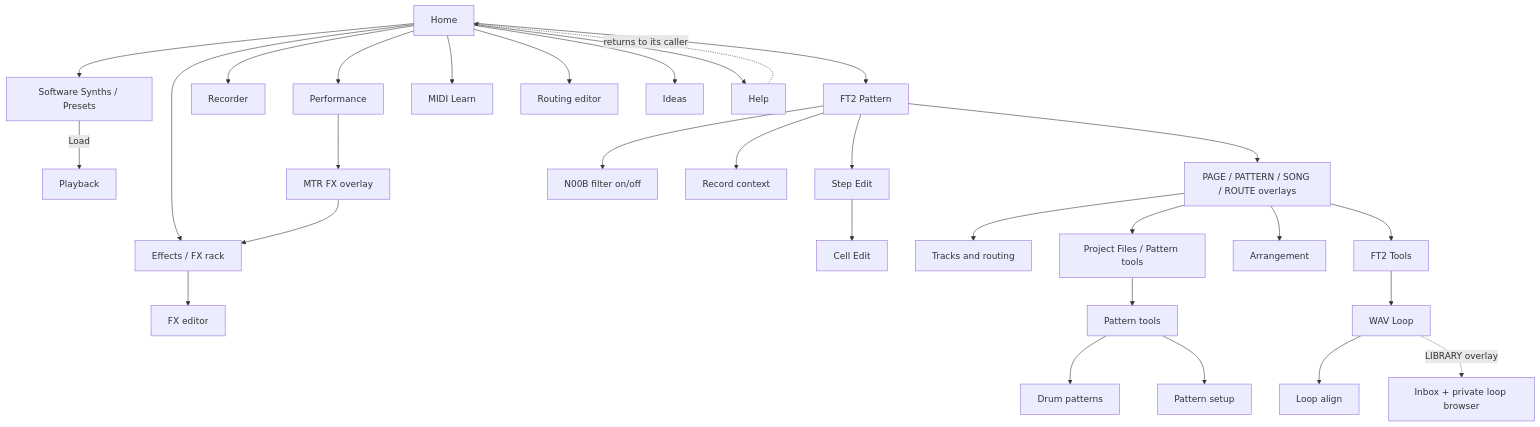
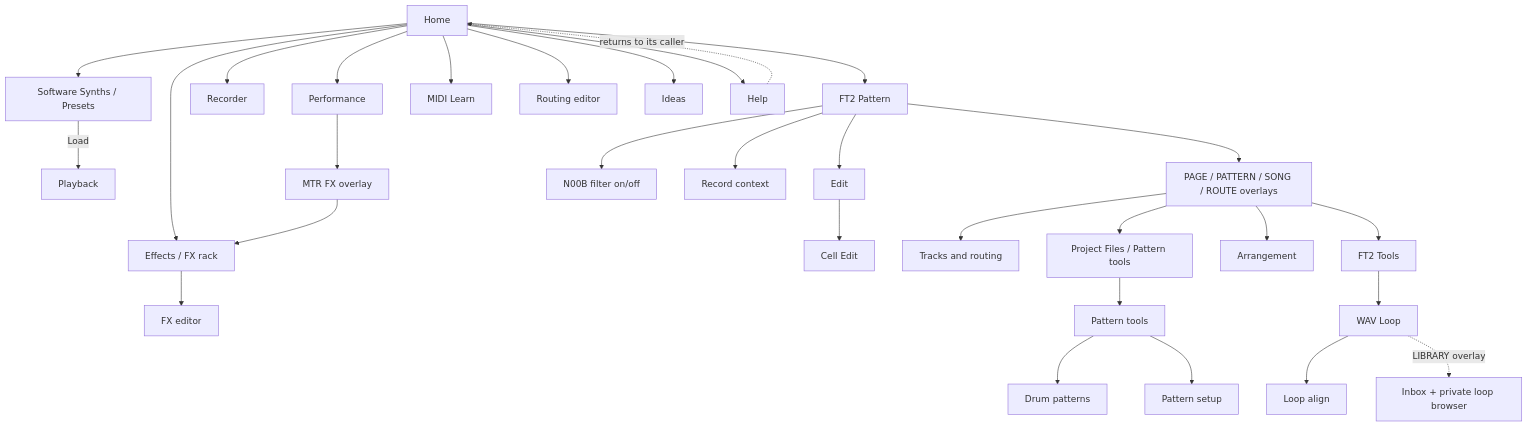
The diagram in docs/MENU_MANUAL.md (PaolaShultz/shr-daw), drawn with Mermaid before and after one commit. The commit also changed other lines of this file and 15 other files, not shown here.

````diff
--- a/docs/MENU_MANUAL.md
+++ b/docs/MENU_MANUAL.md
@@ -64,32 +64,32 @@
 ```mermaid
 flowchart TD
     H0[Home] --> P[Software Synths / Presets]
     H0 --> T[FT2 Pattern]
     H0 --> A[Recorder]
     H0 --> M[Performance]
     H0 --> ML[MIDI Learn]
     H0 --> RTE[Routing editor]
     H0 --> FX[Effects / FX rack]
     H0 --> I[Ideas]
     H0 --> H[Help]
     P -->|Load| PB[Playback]
     M --> MO[MTR FX overlay]
     MO --> FX
     FX --> FE[FX editor]
     T --> ON[PAGE / PATTERN / SONG / ROUTE overlays]
     T --> N[N00B filter on/off]
     T --> R[Record context]
-    T --> E[Step Edit]
+    T --> E[Edit]
     E --> CE[Cell Edit]
     ON --> TR[Tracks and routing]
     ON --> F[Project Files / Pattern tools]
     ON --> AR[Arrangement]
     ON --> TT[FT2 Tools]
     TT --> L[WAV Loop]
     F --> PT[Pattern tools]
     PT --> D[Drum patterns]
     PT --> PS[Pattern setup]
     L --> LA[Loop align]
     L -. LIBRARY overlay .-> LL[Inbox + private loop browser]
     H -. returns to its caller .-> H0
 ```
````
